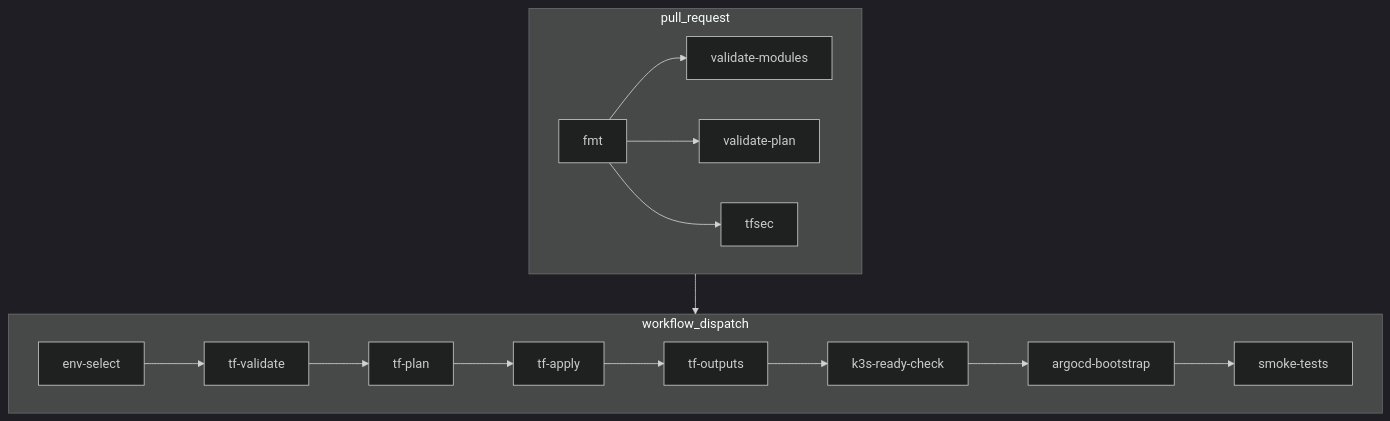
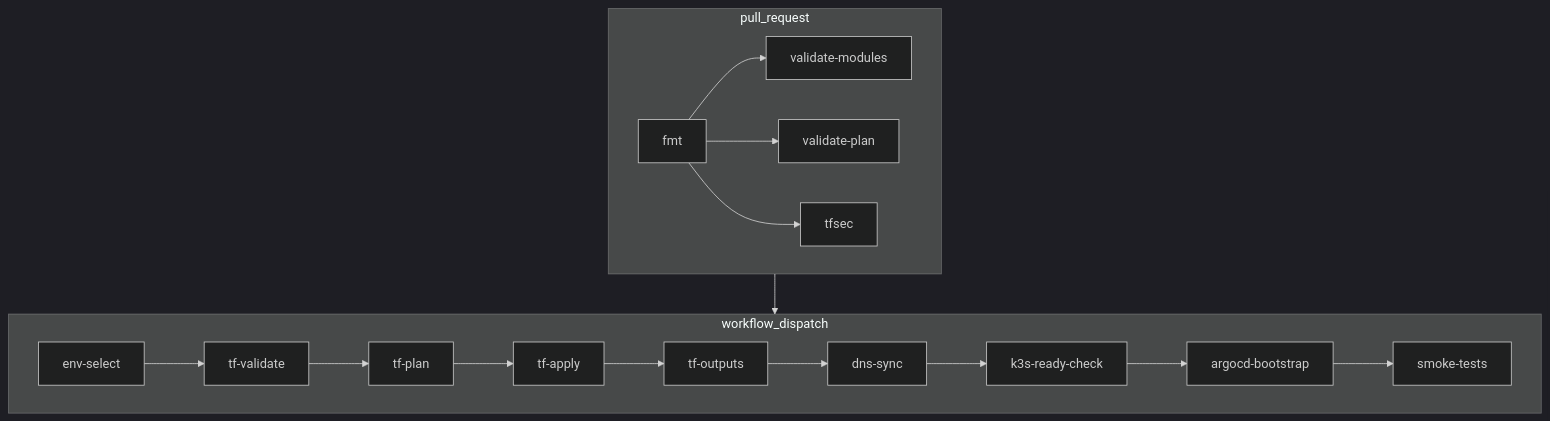
Before and after one commit to ClementV78/CloudRadar: the diagram in docs/runbooks/ci-cd/ci-infra.md, drawn with Mermaid (dark theme). The commit also changed other lines of this file and 20 other files, not shown here.

````diff
--- a/docs/runbooks/ci-cd/ci-infra.md
+++ b/docs/runbooks/ci-cd/ci-infra.md
@@ -57,28 +61,29 @@
 ```mermaid
 flowchart TB
   subgraph PR["pull_request"]
     fmt[fmt]
     validate-modules[validate-modules]
     validate-plan[validate-plan]
     tfsec[tfsec]
     fmt --> validate-modules
     fmt --> validate-plan
     fmt --> tfsec
   end
 
   subgraph Dispatch["workflow_dispatch"]
     env-select[env-select]
     tf-validate[tf-validate]
     tf-plan[tf-plan]
     tf-apply[tf-apply]
     tf-outputs[tf-outputs]
+    dns-sync[dns-sync]
     k3s-ready-check[k3s-ready-check]
     argocd-bootstrap[argocd-bootstrap]
     smoke-tests[smoke-tests]
 
-    env-select --> tf-validate --> tf-plan --> tf-apply --> tf-outputs
-    tf-outputs --> k3s-ready-check --> argocd-bootstrap --> smoke-tests
+    env-select --> tf-validate --> tf-plan --> tf-apply --> tf-outputs --> dns-sync
+    dns-sync --> k3s-ready-check --> argocd-bootstrap --> smoke-tests
   end
 
   PR --> Dispatch
 ```
````
